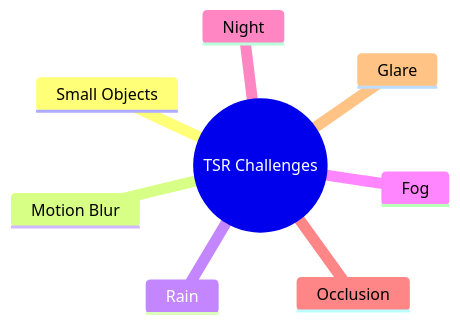
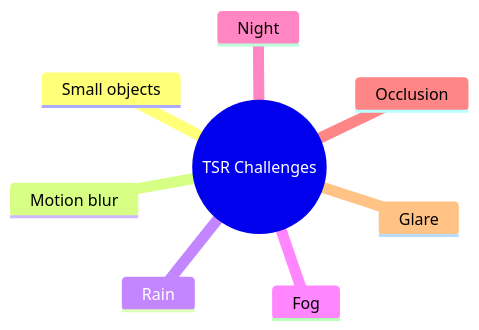
One commit to LeNguyenHaiDuong/adas-tsr changed the third of 31 diagrams in research/slide.md. Above: the diagram before and after it, drawn with Mermaid. The commit also changed other lines of this file and 5 other files, not shown here.

````diff
--- a/research/slide.md
+++ b/research/slide.md
@@ -237,11 +236,11 @@
 ```mermaid
 mindmap
   root((TSR Challenges))
-    Small Objects
-    Motion Blur
+    Small objects
+    Motion blur
     Rain
     Fog
     Night
     Occlusion
     Glare
 ```
````
